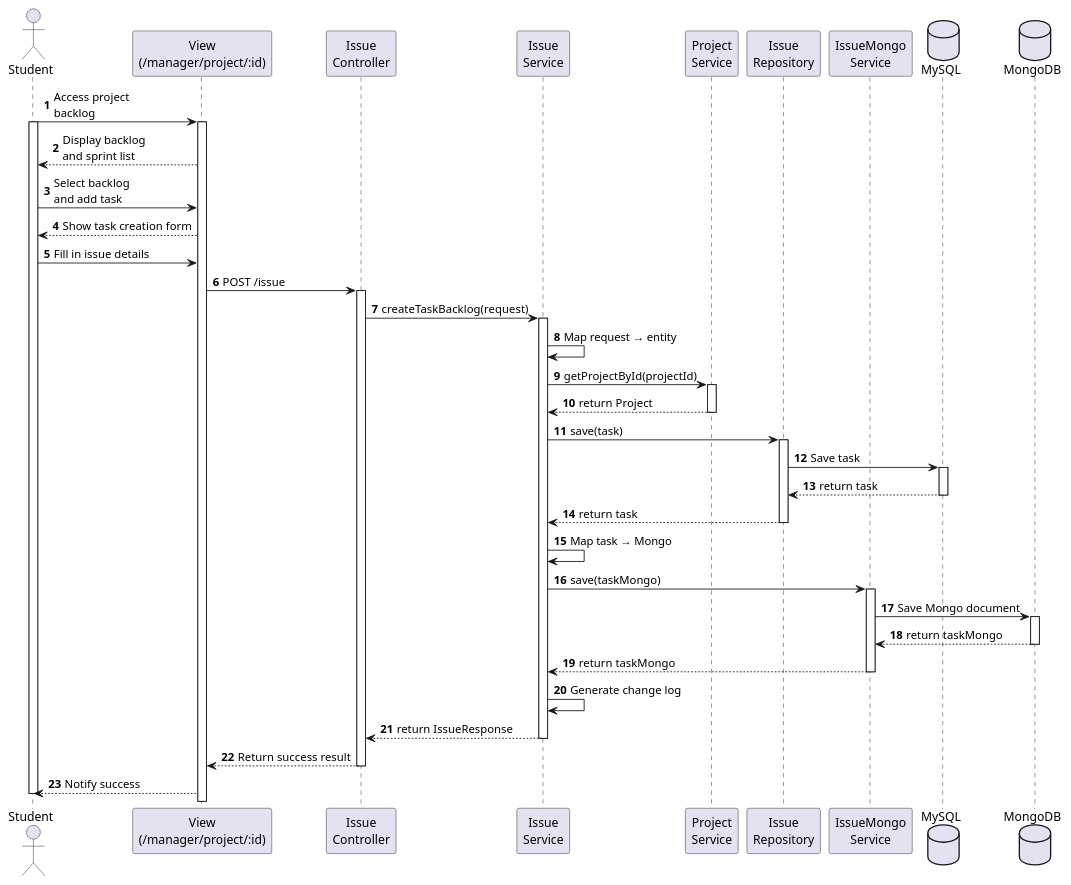
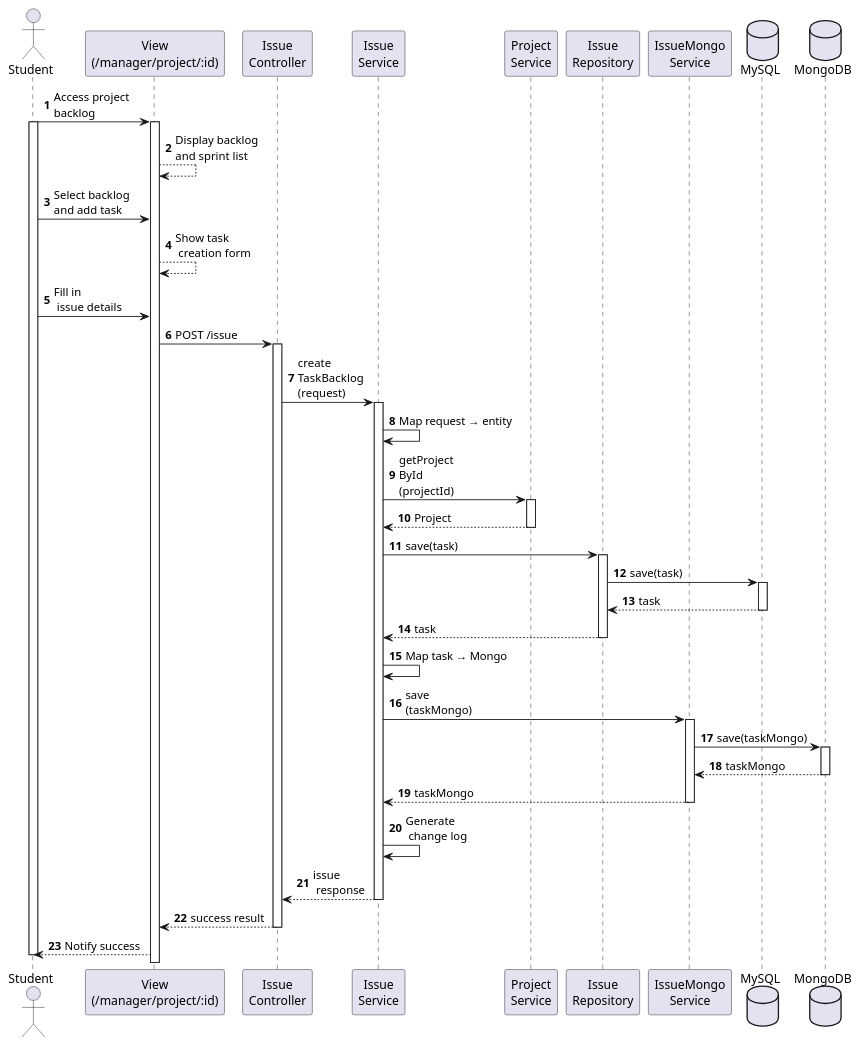
One commit to tandang2003/KLTN-Agile-Scrum-Tuan-Duc changed the diagram in swagger/sequence/student/issue_create_backlog.puml. Above: the diagram before and after it, drawn with PlantUML. The commit also changed 29 other files, not shown here.

Commit message:
add sequence

```diff
--- a/swagger/sequence/student/issue_create_backlog.puml
+++ b/swagger/sequence/student/issue_create_backlog.puml
@@ -1,63 +1,63 @@
 @startuml
 autonumber
 actor "Student" as SV
 
 participant "View\n(/manager/project/:id)" as View
 participant "Issue\nController" as Controller
 participant "Issue\nService" as IssueService
 participant "Project\nService" as ProjectService
 participant "Issue\nRepository" as IssueRepository
 participant "IssueMongo\nService" as IssueMongoService
 database "MySQL" as DB
 database "MongoDB" as Mongo
 
 SV -> View : Access project\nbacklog
 activate SV
 activate View
-View --> SV : Display backlog\nand sprint list
+View --> View : Display backlog\nand sprint list
 SV -> View : Select backlog\nand add task
-View --> SV : Show task creation form
-SV -> View : Fill in issue details
+View --> View : Show task \n creation form
+SV -> View : Fill in \n issue details
 
 View -> Controller : POST /issue
 activate Controller
 
-Controller -> IssueService : createTaskBacklog(request)
+Controller -> IssueService : create\nTaskBacklog\n(request)
 activate IssueService
 IssueService -> IssueService : Map request → entity
 
-IssueService -> ProjectService : getProjectById(projectId)
+IssueService -> ProjectService : getProject\nById\n(projectId)
 activate ProjectService
-ProjectService --> IssueService : return Project
+ProjectService --> IssueService :  Project
 deactivate ProjectService
 IssueService -> IssueRepository : save(task)
 activate IssueRepository
-IssueRepository -> DB : Save task
+IssueRepository -> DB : save(task)
 activate DB
-DB --> IssueRepository : return task
+DB --> IssueRepository :  task
 deactivate DB
-IssueRepository --> IssueService : return task
+IssueRepository --> IssueService :  task
 deactivate IssueRepository
 
 IssueService -> IssueService : Map task → Mongo
-IssueService -> IssueMongoService : save(taskMongo)
+IssueService -> IssueMongoService : save\n(taskMongo)
 activate IssueMongoService
-IssueMongoService -> Mongo : Save Mongo document
+IssueMongoService -> Mongo : save(taskMongo)
 activate Mongo
-Mongo --> IssueMongoService : return taskMongo
+Mongo --> IssueMongoService :  taskMongo
 deactivate Mongo
-IssueMongoService --> IssueService : return taskMongo
+IssueMongoService --> IssueService :  taskMongo
 deactivate "IssueMongoService"
 
-IssueService -> IssueService : Generate change log
+IssueService -> IssueService : Generate \n change log
 
-IssueService --> Controller : return IssueResponse
+IssueService --> Controller :  issue \n response
 deactivate IssueService
 
-Controller --> View : Return success result
+Controller --> View :  success result
 deactivate Controller
 
 View --> SV : Notify success
 deactivate SV
 
 @enduml
```
